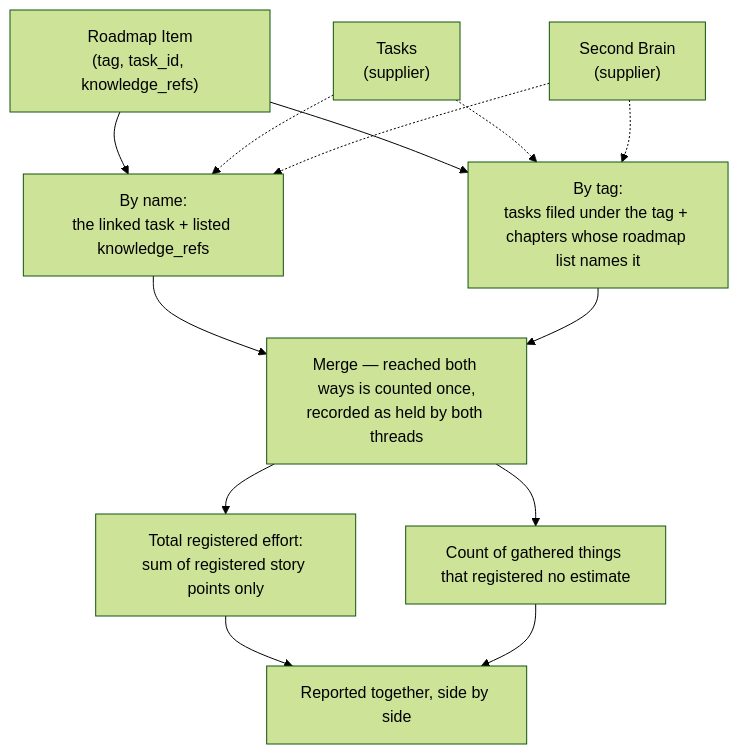
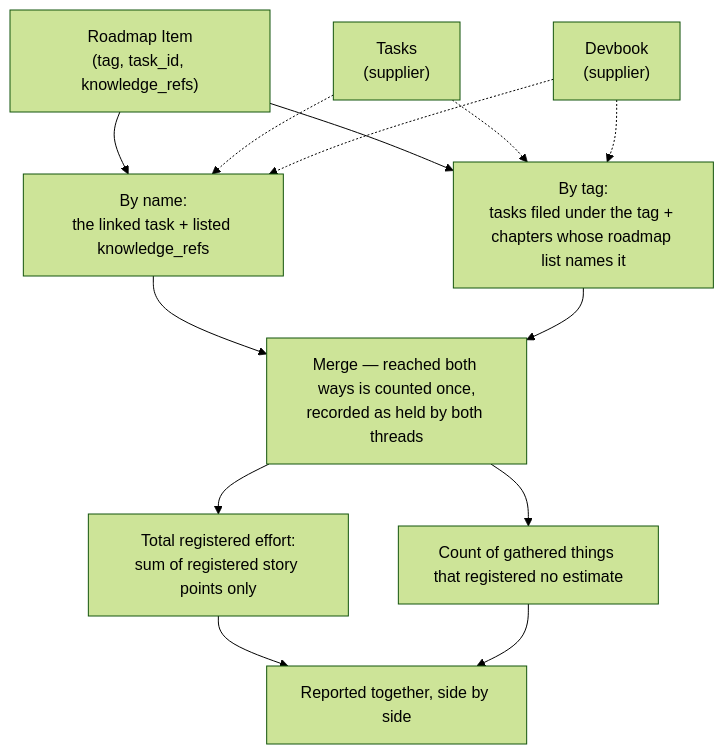
One commit to JSdotNet/Backlog changed the fourth of 4 diagrams in .domain/roadmap/flow.md. Above: the diagram before and after it, drawn with Mermaid (forest theme). The commit also changed other lines of this file and 57 other files, not shown here.

````diff
--- a/.domain/roadmap/flow.md
+++ b/.domain/roadmap/flow.md
@@ -107,16 +107,16 @@
 ```mermaid
 flowchart TD
     Item["Roadmap Item<br/>(tag, task_id, knowledge_refs)"]
     Item --> Named["By name:<br/>the linked task + listed knowledge_refs"]
     Item --> Tagged["By tag:<br/>tasks filed under the tag + chapters whose roadmap list names it"]
     Tasks["Tasks<br/>(supplier)"] -.-> Tagged
     Tasks -.-> Named
-    Brain["Second Brain<br/>(supplier)"] -.-> Tagged
+    Brain["Devbook<br/>(supplier)"] -.-> Tagged
     Brain -.-> Named
     Named --> Dedup["Merge — reached both ways is counted once,<br/>recorded as held by both threads"]
     Tagged --> Dedup
     Dedup --> Total["Total registered effort:<br/>sum of registered story points only"]
     Dedup --> Unestimated["Count of gathered things that registered no estimate"]
     Total --> Report["Reported together, side by side"]
     Unestimated --> Report
 ```
````
